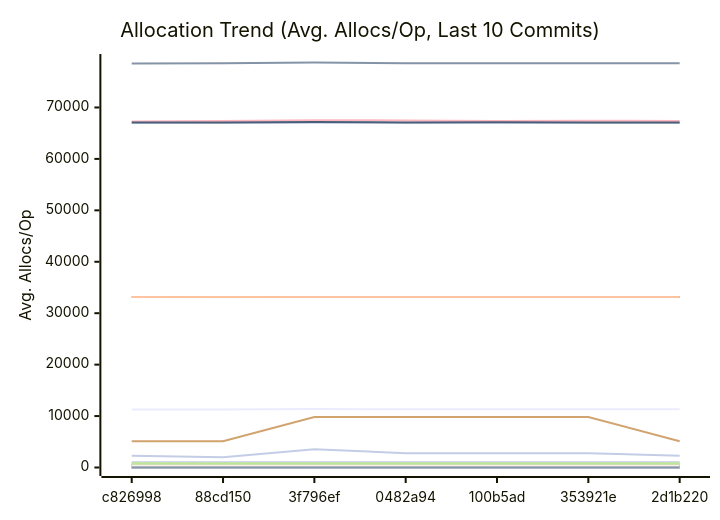
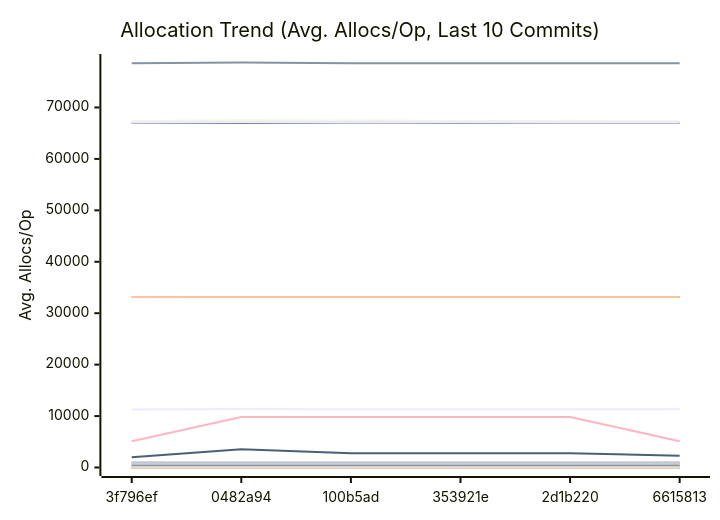
The third of 3 diagrams in docs/PERFORMANCE.md (alsotoes/momo), drawn with Mermaid before and after one commit. The commit also changed other lines of this file and 40 other files, not shown here.

Commit message:
feat: allocation-free Last-Modified headers in S3 GET/HEAD + dead helper removal (#977)

````diff
--- a/docs/PERFORMANCE.md
+++ b/docs/PERFORMANCE.md
@@ -348,42 +359,44 @@
 ```mermaid
 xychart-beta
     title "Allocation Trend (Avg. Allocs/Op, Last 10 Commits)"
     x-axis "Commit"
     y-axis "Avg. Allocs/Op"
-    x-axis [c826998,88cd150,3f796ef,0482a94,100b5ad,353921e,2d1b220]
-    line "AWSChunkedReaderSigned" [11270,11296,11367,11304,11317,11324,11331,11296,11287,11338]
-    line "AWSChunkedReaderUnsigned" [78564,78579,78745,78578,78592,78605,78609,78579,78582,78651]
+    x-axis [3f796ef,0482a94,100b5ad,353921e,2d1b220,6615813]
+    line "AWSChunkedReaderSigned" [11296,11367,11304,11317,11324,11331,11296,11287,11338,11329]
+    line "AWSChunkedReaderUnsigned" [78579,78745,78578,78592,78605,78609,78579,78582,78651,78603]
     line "CheckMetricsAndSwap" [0,0,0,0,0,0,0,0,0,0]
     line "CrushOptimized" [0,0,0,0,0,0,0,0,0,0]
     line "CrushOriginal" [3,3,3,3,3,3,3,3,3,3]
     line "FormatListObjectsV2XML_AppendFormat" [16,16,16,16,16,16,16,16,16,16]
     line "FormatListObjectsV2XML_OldFormat" [1000,1000,1000,1000,1000,1000,1000,1000,1000,1000]
     line "HashBytes/1MiB" [64,64,64,64,64,64,64,64,64,64]
     line "HashBytes/256MiB" [64,64,64,64,64,64,64,64,64,64]
     line "HashBytes/64MiB" [64,64,64,64,64,64,64,64,64,64]
-    line "HashFile/1MiB" [33128,33112,33128,33128,33128,33128,33128,33128,33128,33128]
+    line "HashFile/1MiB" [33112,33128,33128,33128,33128,33128,33128,33128,33128,33128]
     line "HashFile/256MiB" [33128,33128,33128,33128,33128,33128,33128,33128,33128,33128]
-    line "HashFile/64MiB" [33128,33128,33128,33128,33128,33128,33128,33137,33128,33128]
+    line "HashFile/64MiB" [33128,33128,33128,33128,33128,33128,33137,33128,33128,33128]
     line "IndexDirectTracking" [0,0,0,0,0,0,0,0,0,0]
     line "IndexSearch" [0,0,0,0,0,0,0,0,0,0]
+    line "LastModifiedHeader_AppendFormat" [0,0,0,0,0,0,0,0,0,0]
+    line "LastModifiedHeader_Format" [0,0,0,0,0,0,0,0,0,1]
     line "LoadGlobalConfig" [58,58,58,58,58,58,58,58,58,58]
-    line "LocalWrite/1MiB" [67028,67031,67037,67034,67030,67036,67036,67029,67028,67031]
-    line "LocalWrite/256MiB" [67268,67358,67518,67492,67349,67409,67379,67372,67383,67413]
-    line "LocalWrite/64MiB" [67071,67089,67157,67097,67104,67086,67092,67077,67052,67096]
+    line "LocalWrite/1MiB" [67031,67037,67034,67030,67036,67036,67029,67028,67031,67030]
+    line "LocalWrite/256MiB" [67358,67518,67492,67349,67409,67379,67372,67383,67413,67386]
+    line "LocalWrite/64MiB" [67089,67157,67097,67104,67086,67092,67077,67052,67096,67102]
     line "PadString" [1,1,1,1,1,1,1,1,1,1]
     line "ParseReplicationOrder_NoPrealloc" [6,6,6,6,6,5,5,5,5,5]
     line "ParseReplicationOrder_Prealloc" [2,2,2,2,2,1,1,1,1,1]
     line "Placement" [6,6,6,6,6,6,6,6,6,6]
     line "PlacementDomainSpread" [6,6,6,6,6,6,6,6,6,6]
-    line "ReadVerify/1MiB" [457,458,483,437,469,466,470,460,462,473]
-    line "ReadVerify/256MiB" [5120,5120,9808,9808,9808,9808,5120,9808,5120,9808]
-    line "ReadVerify/64MiB" [2307,1994,3557,2776,2776,2776,2307,2307,2776,2776]
-    line "S3PutSpool/1MiB" [447,448,448,447,447,448,447,447,447,447]
+    line "ReadVerify/1MiB" [458,483,437,469,466,470,460,462,473,468]
+    line "ReadVerify/256MiB" [5120,9808,9808,9808,9808,5120,9808,5120,9808,9808]
+    line "ReadVerify/64MiB" [1994,3557,2776,2776,2776,2307,2307,2776,2776,2776]
+    line "S3PutSpool/1MiB" [448,448,447,447,448,447,447,447,447,447]
     line "S3PutSpool/256MiB" [448,448,448,448,448,448,448,448,448,448]
     line "S3PutSpool/64MiB" [448,448,448,448,448,448,448,448,448,448]
     line "SanitizeLog/Safe" [0,0,0,0,0,0,0,0,0,0]
     line "SanitizeLog/Unsafe" [1,1,1,1,1,1,1,1,1,1]
-    line "TrustedRead/1MiB" [825,800,800,800,800,800,800,800,800,839]
+    line "TrustedRead/1MiB" [800,800,800,800,800,800,800,800,839,840]
     line "TrustedRead/256MiB" [800,800,800,800,800,800,800,800,800,800]
     line "TrustedRead/64MiB" [800,800,800,800,800,800,800,800,800,800]
 ```
````
